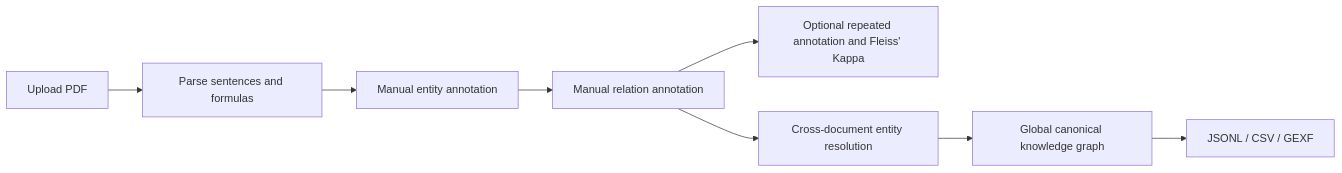
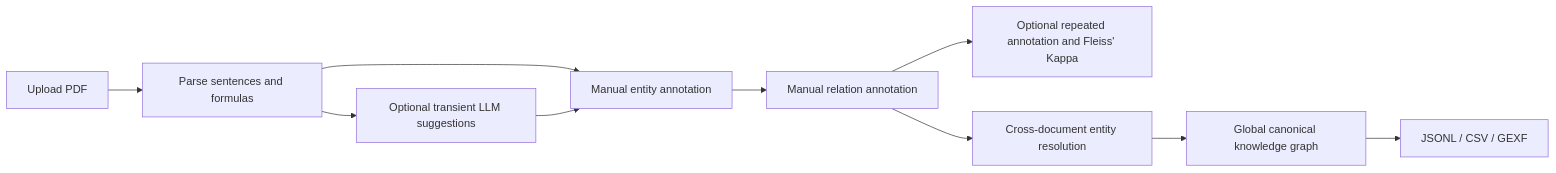
Before and after one commit to LeonardLeiT/kg-annotator: the diagram in README.md, drawn with Mermaid. The commit also changed other lines of this file and 49 other files, not shown here.

````diff
--- a/README.md
+++ b/README.md
@@ -40,10 +41,12 @@
 ```mermaid
 flowchart LR
     A[Upload PDF] --> B[Parse sentences and formulas]
+    B --> C[Optional transient LLM suggestions]
     B --> E[Manual entity annotation]
+    C --> E
     E --> F[Manual relation annotation]
     F --> D[Optional repeated annotation and Fleiss' Kappa]
     F --> G[Cross-document entity resolution]
     G --> H[Global canonical knowledge graph]
     H --> I[JSONL / CSV / GEXF]
 ```
````
